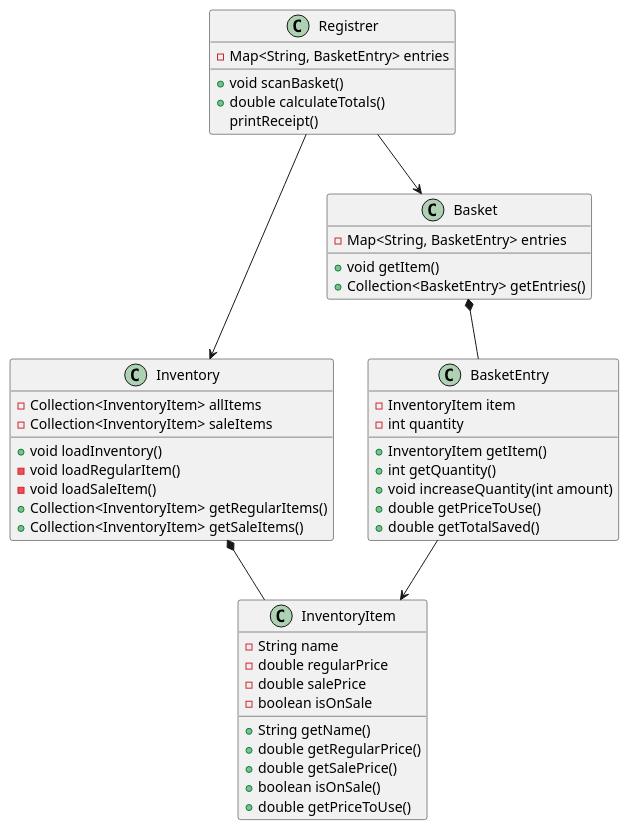
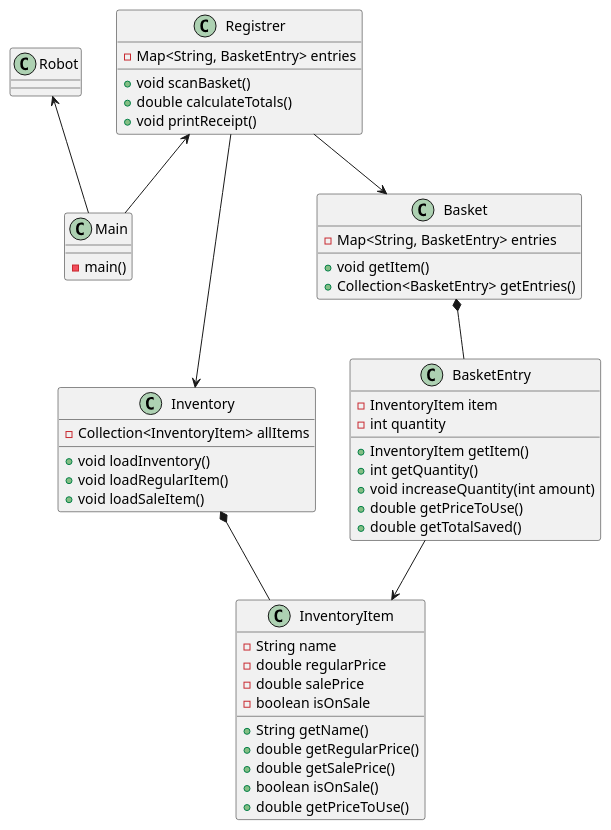
Before and after one commit to Eligoon/Thursday_Task_7_Market: the diagram in src/Diagram/ClassDiagram.puml, drawn with PlantUML.

Commit message:
updated class diagram

```diff
--- a/src/Diagram/ClassDiagram.puml
+++ b/src/Diagram/ClassDiagram.puml
@@ -1,60 +1,67 @@
 @startuml
 'https://plantuml.com/class-diagram
-
+Robot <-- Main
+Registrer <-- Main
 Registrer --> Inventory
 Registrer --> Basket
 Basket *-- BasketEntry
 Inventory *-- InventoryItem
 BasketEntry --> InventoryItem
 
+
+class Main
+{
+- main()
+}
+
+class Robot
+{
+}
 
 class InventoryItem
 {
  - String name
  - double regularPrice
  - double salePrice
  - boolean isOnSale
  + String getName()
  + double getRegularPrice()
  + double getSalePrice()
  + boolean isOnSale()
  + double getPriceToUse()
 }
 
 class Registrer
 {
 - Map<String, BasketEntry> entries
 + void scanBasket()
 + double calculateTotals()
-printReceipt()
++ void printReceipt()
 }
 
 class Inventory
 {
 - Collection<InventoryItem> allItems
-- Collection<InventoryItem> saleItems
 + void loadInventory()
-- void loadRegularItem()
-- void loadSaleItem()
-+ Collection<InventoryItem> getRegularItems()
-+ Collection<InventoryItem> getSaleItems()
++ void loadRegularItem()
++ void loadSaleItem()
 }
 
 class Basket
 {
 - Map<String, BasketEntry> entries
 + void getItem()
 + Collection<BasketEntry> getEntries()
 }
 
 class BasketEntry
 {
 - InventoryItem item
 - int quantity
 + InventoryItem getItem()
 + int getQuantity()
 + void increaseQuantity(int amount)
 + double getPriceToUse()
 + double getTotalSaved()
 }
 @enduml
```
